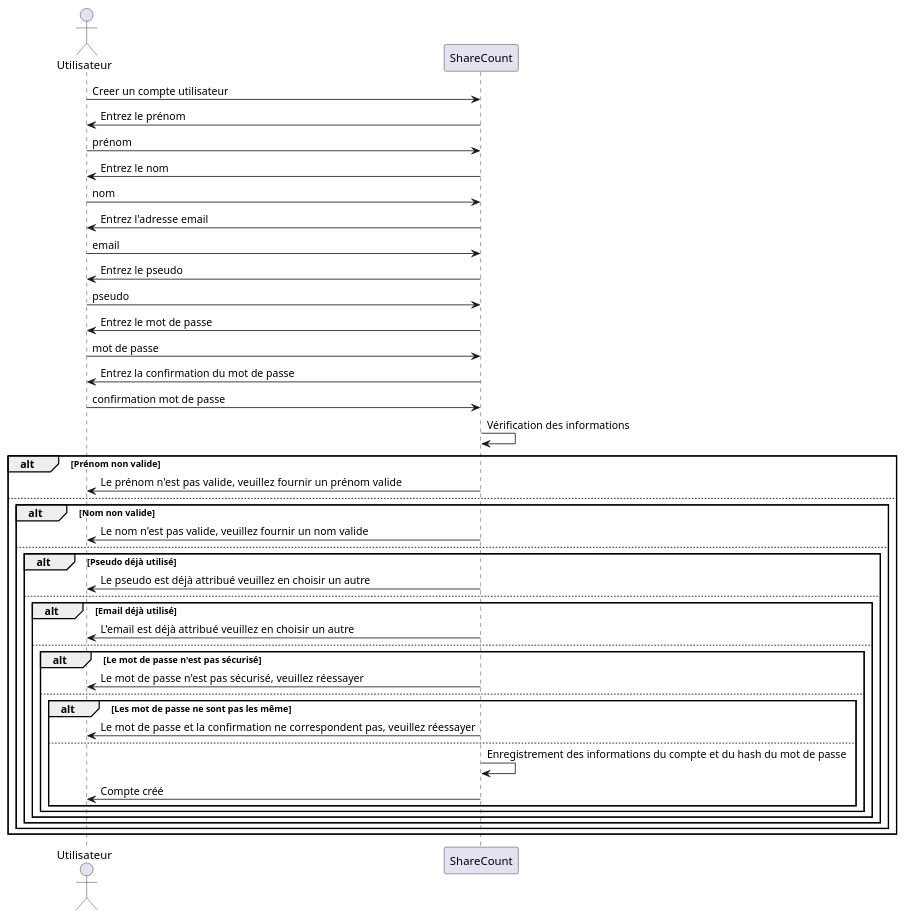
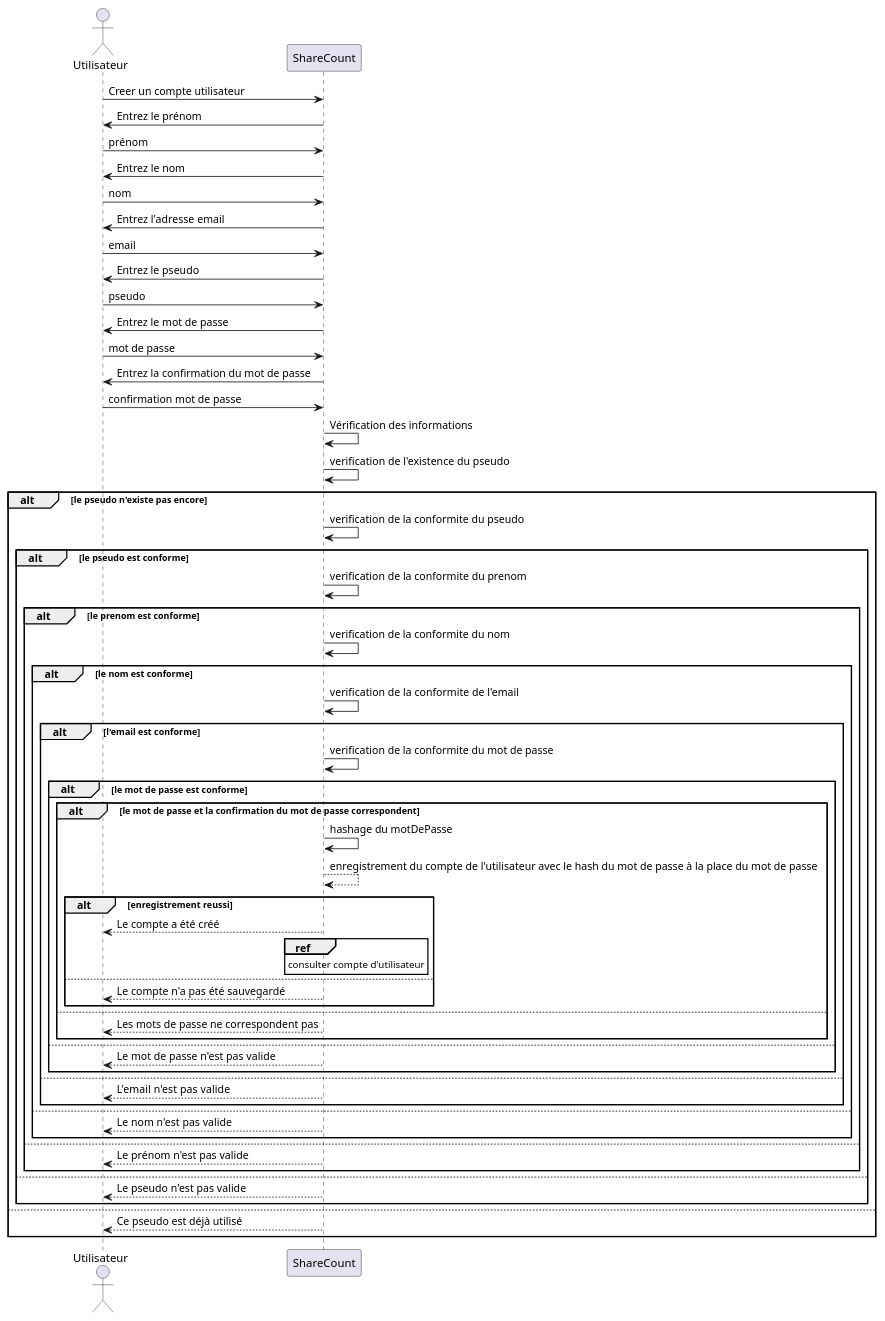
One commit to lmtb06/sharecount changed the diagram in diagrammes/specification/sequence/gestion-compte-personnel/creer-compte-utilisateur.puml. Above: the diagram before and after it, drawn with PlantUML.

Commit message:
Mise à jour diagramme de séquence de spécification de creer-compte-utilisateur

```diff
--- a/diagrammes/specification/sequence/gestion-compte-personnel/creer-compte-utilisateur.puml
+++ b/diagrammes/specification/sequence/gestion-compte-personnel/creer-compte-utilisateur.puml
@@ -1,47 +1,67 @@
 @startuml  Créer compte personnel
 
 actor "Utilisateur" as user
 participant ShareCount as sc
 
 user 	-> 	sc : Creer un compte utilisateur
 user 	<- 	sc : Entrez le prénom
 user 	-> 	sc : prénom
 user 	<- 	sc : Entrez le nom
 user 	-> 	sc : nom
 user 	<- 	sc : Entrez l'adresse email
 user 	-> 	sc : email
 user 	<- 	sc : Entrez le pseudo
 user 	-> 	sc : pseudo
 user 	<- 	sc : Entrez le mot de passe
 user 	-> 	sc : mot de passe
 user 	<- 	sc : Entrez la confirmation du mot de passe
 user 	-> 	sc : confirmation mot de passe
 sc 	-> 	sc : Vérification des informations
-alt Prénom non valide
-user 	<- 	sc : Le prénom n'est pas valide, veuillez fournir un prénom valide
+' verification du pseudo
+sc 	-> sc : verification de l'existence du pseudo
+alt le pseudo n'existe pas encore
+sc 	-> 	sc : verification de la conformite du pseudo
+alt le pseudo est conforme
+' verification du prénom
+sc 	-> 	sc : verification de la conformite du prenom
+alt le prenom est conforme
+' verification du nom
+sc 	-> 	sc : verification de la conformite du nom
+alt le nom est conforme
+' verification de l'email
+sc 	-> 	sc : verification de la conformite de l'email
+alt l'email est conforme
+' verification du mot de passe
+sc 	-> 	sc : verification de la conformite du mot de passe
+alt le mot de passe est conforme
+alt le mot de passe et la confirmation du mot de passe correspondent
+sc -> sc : hashage du motDePasse
+sc --> sc : enregistrement du compte de l'utilisateur avec le hash du mot de passe à la place du mot de passe
+alt enregistrement reussi
+sc 	--> 	user : Le compte a été créé
+ref over sc : consulter compte d'utilisateur
 else
-alt Nom non valide
-user 	<- 	sc : Le nom n'est pas valide, veuillez fournir un nom valide
+sc 	--> 	user : Le compte n'a pas été sauvegardé
+end
 else
-alt Pseudo déjà utilisé
-user 	<- 	sc : Le pseudo est déjà attribué veuillez en choisir un autre
+sc 	--> 	user : Les mots de passe ne correspondent pas
+end
 else
-alt Email déjà utilisé
-user 	<- 	sc : L'email est déjà attribué veuillez en choisir un autre
+sc 	--> 	user : Le mot de passe n'est pas valide
+end
 else
-alt Le mot de passe n'est pas sécurisé
-user 	<- 	sc : Le mot de passe n'est pas sécurisé, veuillez réessayer
+sc 	--> 	user : L'email n'est pas valide
+end
 else
-alt Les mot de passe ne sont pas les même
-user 	<- 	sc : Le mot de passe et la confirmation ne correspondent pas, veuillez réessayer
+sc 	--> 	user : Le nom n'est pas valide
+end
 else
-sc 	-> 	sc : Enregistrement des informations du compte et du hash du mot de passe
-user 	<- 	sc : Compte créé
+sc 	--> 	user : Le prénom n'est pas valide
 end
+else
+sc 	--> 	user : Le pseudo n'est pas valide
 end
+else
+sc 	--> 	user : Ce pseudo est déjà utilisé
 end
-end
-end
-end
-
 @enduml
```
